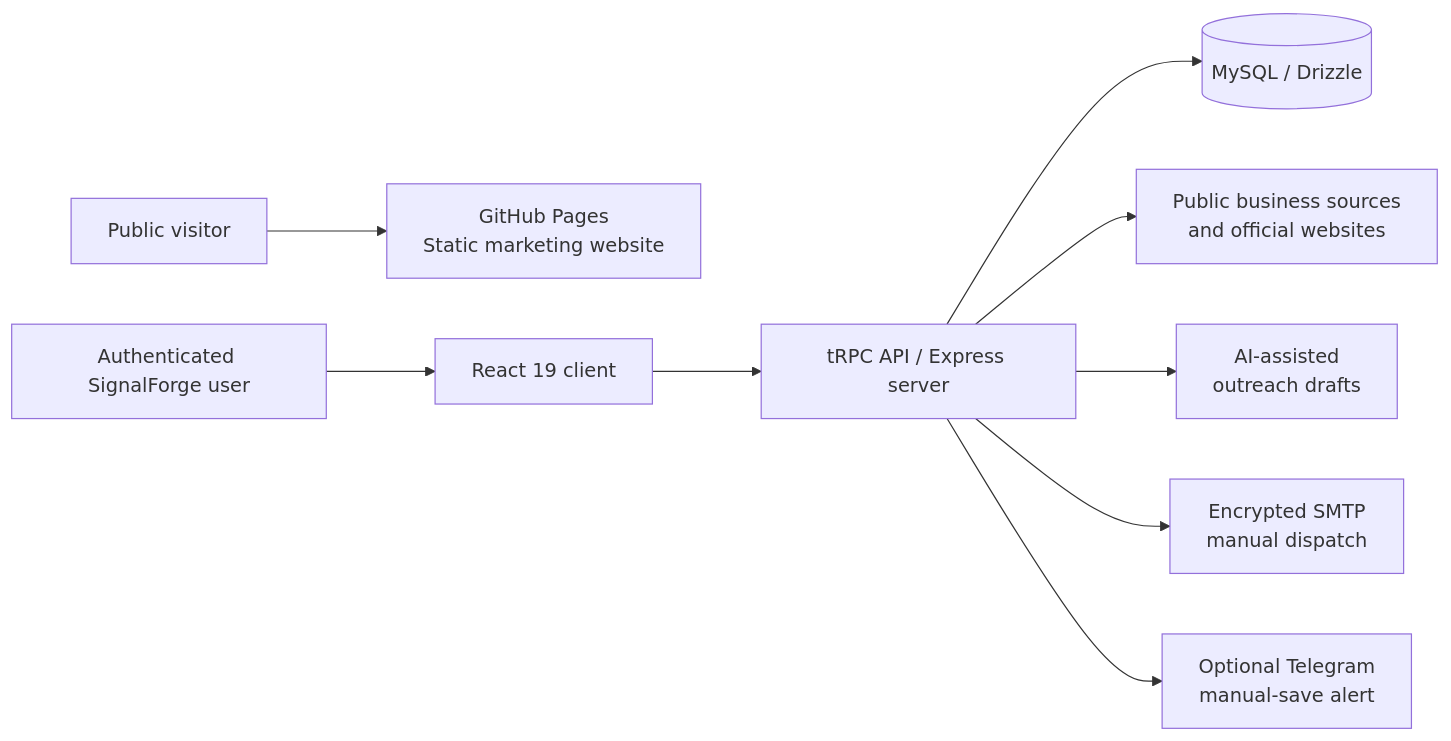
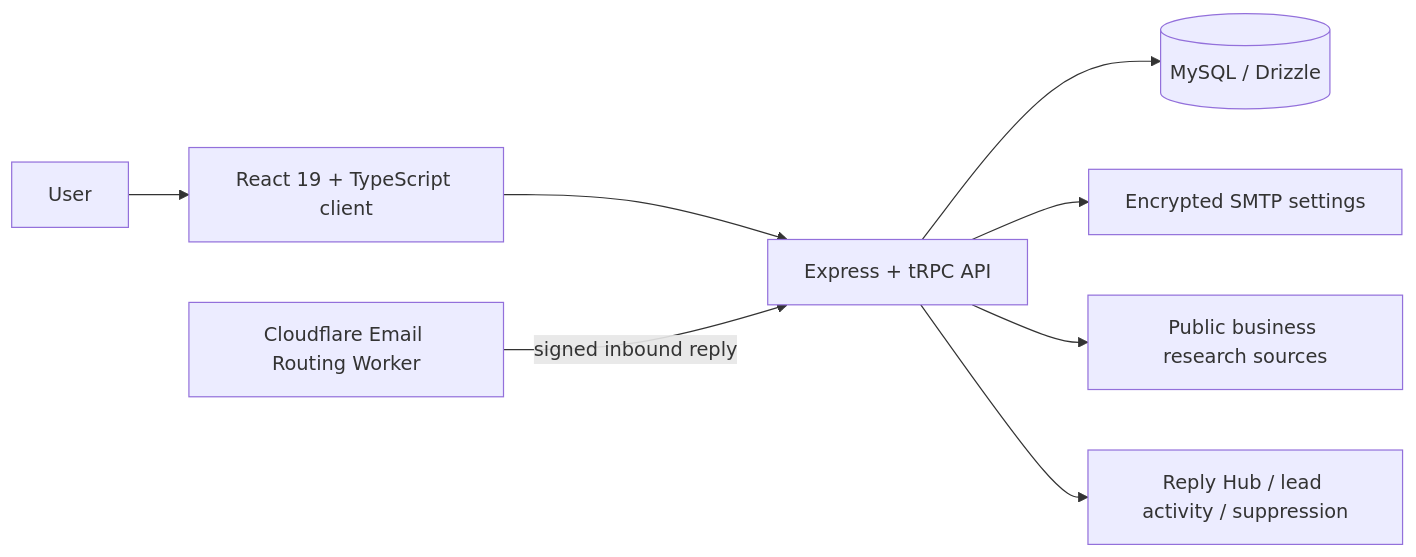
Before and after one commit to NourTi/-signalforge: the diagram in README.md, drawn with Mermaid. The commit also changed other lines of this file and 160 other files, not shown here.

Commit message:
Publish complete browsable SignalForge source

````diff
--- a/README.md
+++ b/README.md
@@ -45,11 +57,10 @@
 ```mermaid
 flowchart LR
-  A[Public visitor] --> B[GitHub Pages\nStatic marketing website]
-  C[Authenticated SignalForge user] --> D[React 19 client]
-  D --> E[tRPC API / Express server]
-  E --> F[(MySQL / Drizzle)]
-  E --> G[Public business sources\nand official websites]
-  E --> H[AI-assisted\noutreach drafts]
-  E --> I[Encrypted SMTP\nmanual dispatch]
-  E --> J[Optional Telegram\nmanual-save alert]
+  U[User] --> C[React 19 + TypeScript client]
+  C --> A[Express + tRPC API]
+  A --> D[(MySQL / Drizzle)]
+  A --> O[Encrypted SMTP settings]
+  A --> P[Public business research sources]
+  W[Cloudflare Email Routing Worker] -->|signed inbound reply| A
+  A --> R[Reply Hub / lead activity / suppression]
 ```
````
